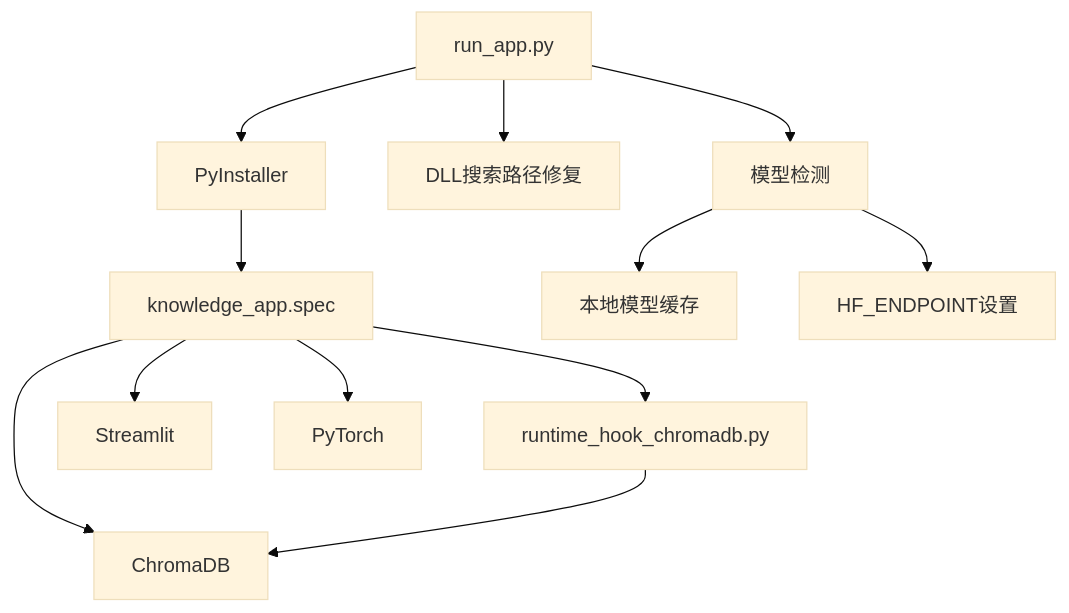
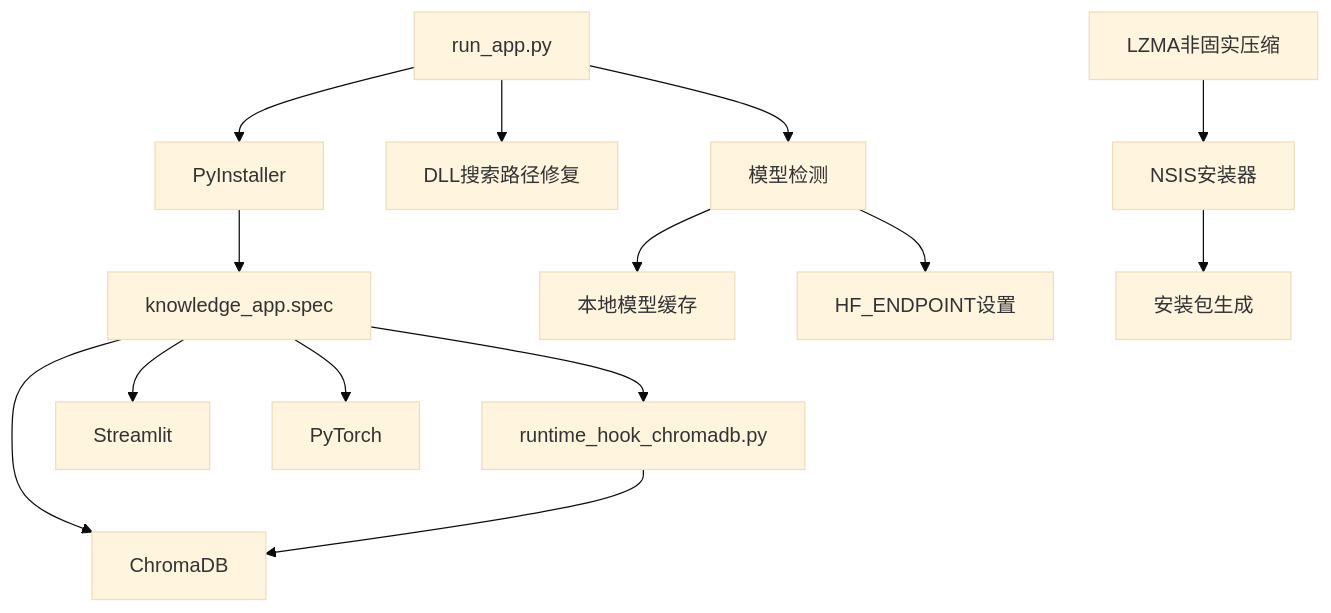
One commit to joyafa/knowledge changed diagram 11 of 11 in .qoder/repowiki/zh/content/部署与运维/安装部署脚本/Windows安装器.md. Above: the diagram before and after it, drawn with Mermaid (base theme). The commit also changed other lines of this file and 18 other files, not shown here.

````diff
--- a/.qoder/repowiki/zh/content/部署与运维/安装部署脚本/Windows安装器.md
+++ b/.qoder/repowiki/zh/content/部署与运维/安装部署脚本/Windows安装器.md
@@ -452,14 +468,16 @@
 ```mermaid
 graph TB
 PI[PyInstaller] --> SPEC[knowledge_app.spec]
 SPEC --> HOOK[runtime_hook_chromadb.py]
 SPEC --> ST[Streamlit]
 SPEC --> CH[ChromaDB]
 SPEC --> PT[PyTorch]
 HOOK --> CH
 RUNAPP[run_app.py] --> PI
 RUNAPP --> DLL[DLL搜索路径修复]
 RUNAPP --> MODEL[模型检测]
 MODEL --> LOCAL[本地模型缓存]
 MODEL --> HF[HF_ENDPOINT设置]
+COMPRESS[LZMA非固实压缩] --> NSIS[NSIS安装器]
+NSIS --> INSTALL[安装包生成]
 ```
````
